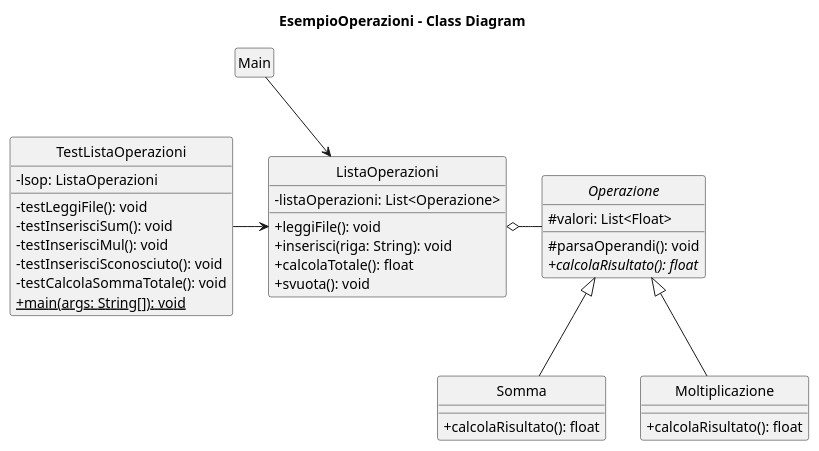
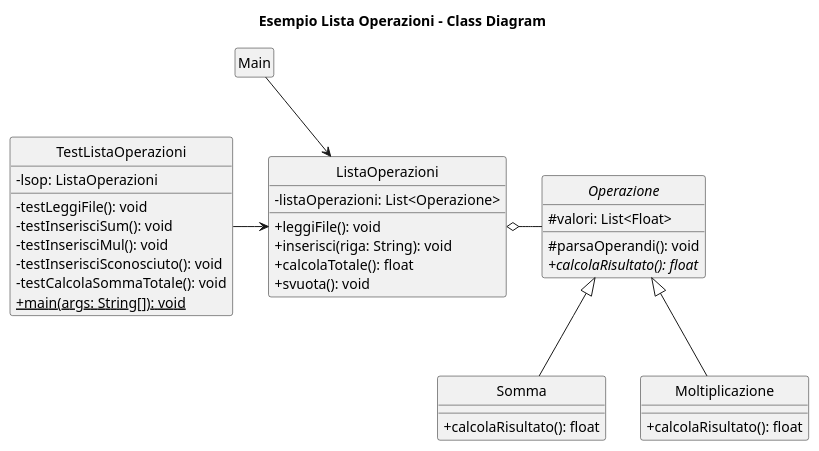
Before and after one commit to dmi-tutorato-ids/materiale: the diagram in EsempioListaOperazioni/docs/uml/class_diagram.puml, drawn with PlantUML. The commit also changed 1 other file, not shown here.

Commit message:
Aggiornato il titolo dell'UML

```diff
--- a/EsempioListaOperazioni/docs/uml/class_diagram.puml
+++ b/EsempioListaOperazioni/docs/uml/class_diagram.puml
@@ -9,63 +9,63 @@
 @startuml
 ' START STYLE
 skinparam {
 	'monochrome true
 	'shadowing false
 	'classBackgroundColor white
 	'noteBackgroundColor white
 	classAttributeIconSize 0
 	'linetype polyline
 	'linetype ortho
 }
 hide circle
 ' END STYLE
 
-title EsempioOperazioni - Class Diagram
+title Esempio Lista Operazioni - Class Diagram
 
 class Main
 hide Main members
 
 class TestListaOperazioni {
 	- lsop: ListaOperazioni
 	- testLeggiFile(): void
 	- testInserisciSum(): void
 	- testInserisciMul(): void
 	- testInserisciSconosciuto(): void
 	- testCalcolaSommaTotale(): void
 	+ {static} main(args: String[]): void
 }
 
 abstract class Operazione {
 	# valori: List<Float>
 	# parsaOperandi(): void
 	+ {abstract} calcolaRisultato(): float
 }
 
 class Somma {
 	+ calcolaRisultato(): float
 }
 
 class Moltiplicazione {
 	+ calcolaRisultato(): float
 }
 
 class ListaOperazioni {
 	- listaOperazioni: List<Operazione>
 	+ leggiFile(): void
 	+ inserisci(riga: String): void
 	+ calcolaTotale(): float
 	+ svuota(): void
 }
 
 ' definisco le relazioni
 Operazione <|-down- Somma
 Operazione <|-down- Moltiplicazione
 Main -right-> ListaOperazioni
 TestListaOperazioni -right-> ListaOperazioni
 ListaOperazioni o-right- Operazione
 
 ' per correggere il posizionamento
 ' posso aggiungere degli archi nascosti
 Main -[hidden]-> TestListaOperazioni
 
 @enduml
```
